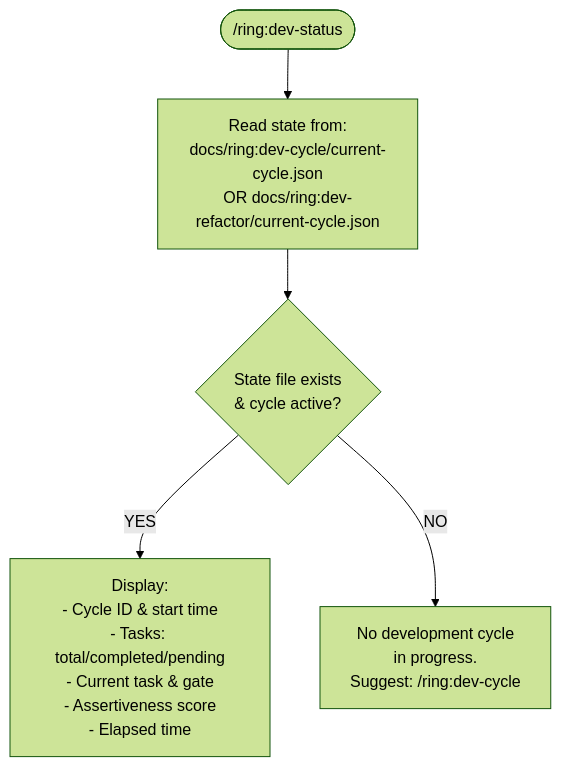
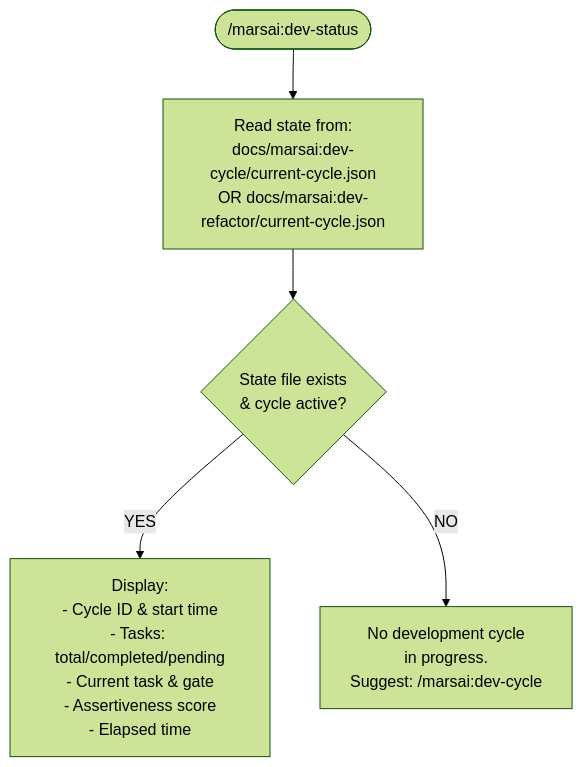
Diagram 17 of 21 in dev-team/docs/dependency-diagrams.md (rodrigodh/ring), drawn with Mermaid (forest theme) before and after one commit. The commit also changed other lines of this file and 203 other files, not shown here.

````diff
--- a/dev-team/docs/dependency-diagrams.md
+++ b/dev-team/docs/dependency-diagrams.md
@@ -837,16 +837,16 @@
 ```mermaid
 flowchart TD
-    start(["/ring:dev-status"])
+    start(["/marsai:dev-status"])
 
-    readState["Read state from:<br/>docs/ring:dev-cycle/current-cycle.json<br/>OR docs/ring:dev-refactor/current-cycle.json"]
+    readState["Read state from:<br/>docs/marsai:dev-cycle/current-cycle.json<br/>OR docs/marsai:dev-refactor/current-cycle.json"]
 
     exists{"State file exists<br/>& cycle active?"}
 
     display["Display:<br/>- Cycle ID & start time<br/>- Tasks: total/completed/pending<br/>- Current task & gate<br/>- Assertiveness score<br/>- Elapsed time"]
 
-    noState["No development cycle<br/>in progress.<br/>Suggest: /ring:dev-cycle"]
+    noState["No development cycle<br/>in progress.<br/>Suggest: /marsai:dev-cycle"]
 
     start --> readState --> exists
     exists -->|"YES"| display
     exists -->|"NO"| noState
 ```
````
